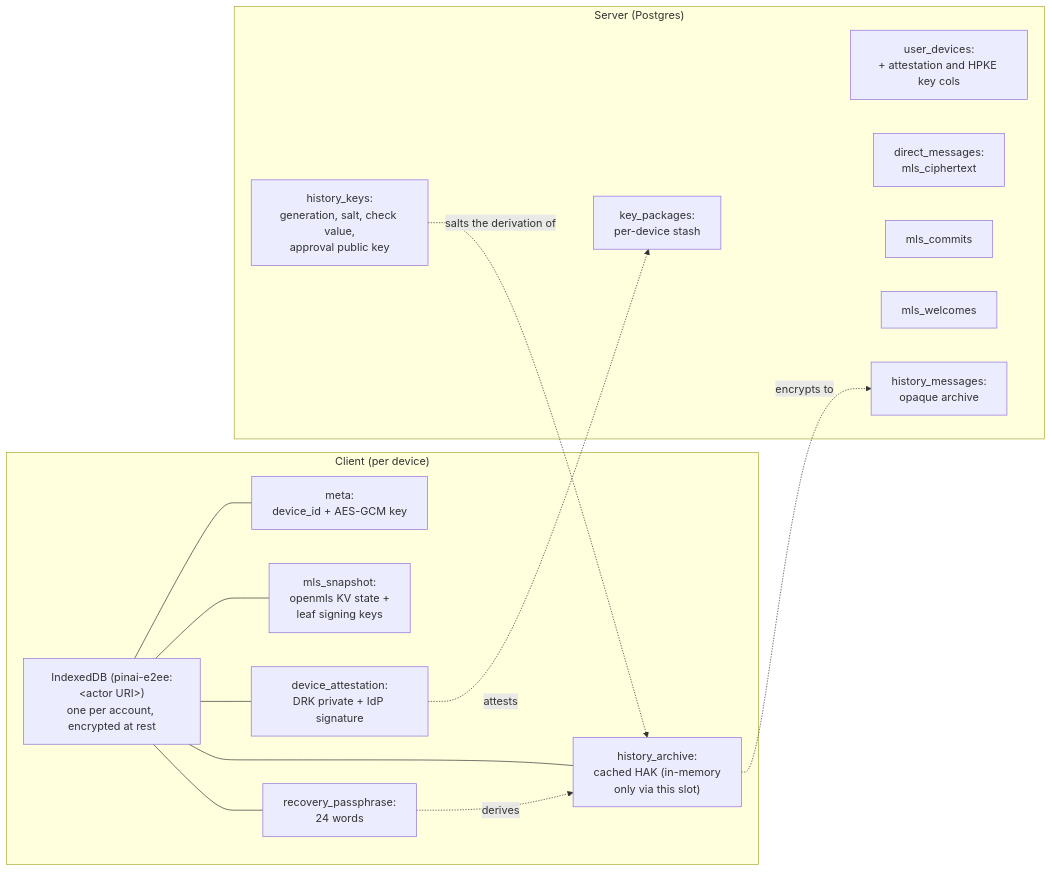
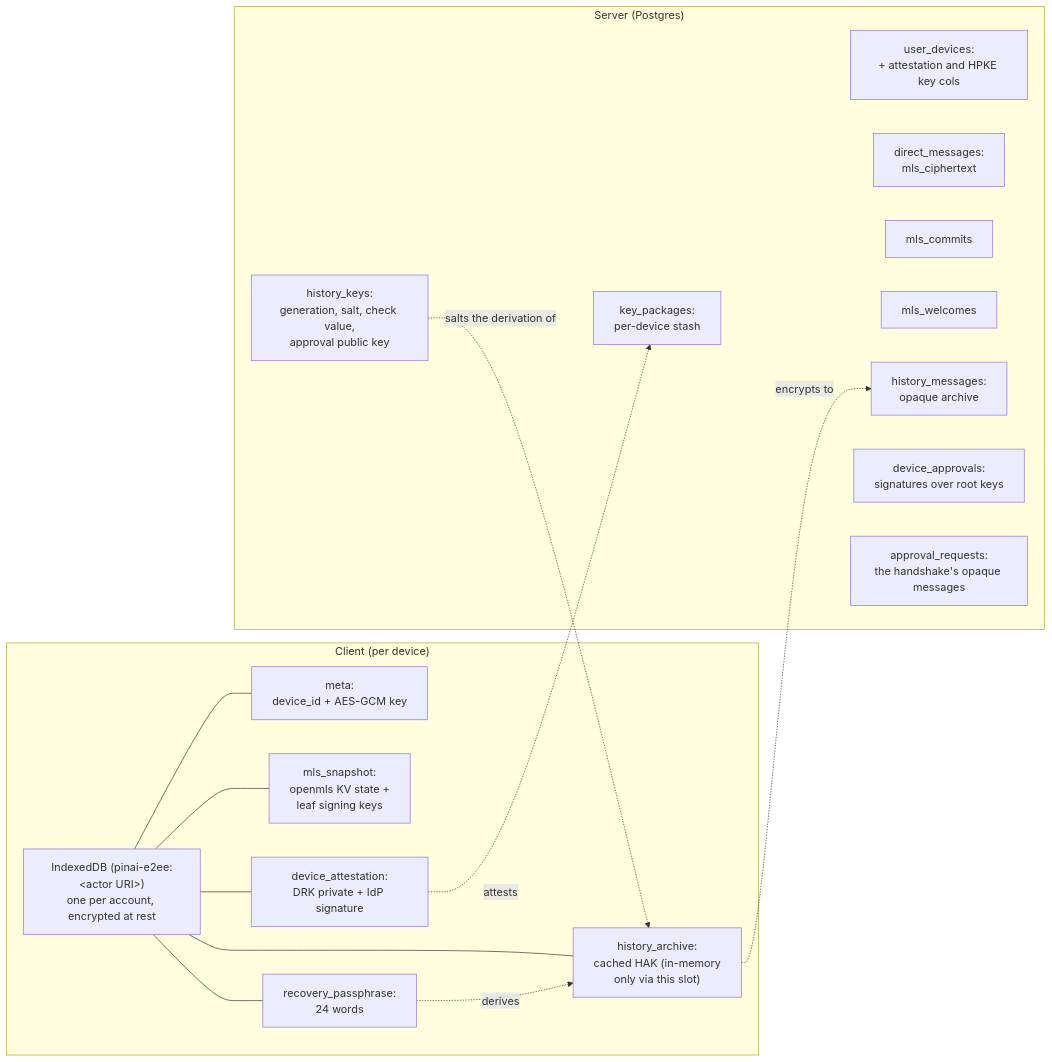
One commit to Pina-i/pinai changed diagram 17 of 17 in identity-provider/specs/e2ee.md. Above: the diagram before and after it, drawn with Mermaid. The commit also changed other lines of this file and 52 other files, not shown here.

First line of the commit message:
feat(idp): store device approvals and relay the approval handshake

````diff
--- a/identity-provider/specs/e2ee.md
+++ b/identity-provider/specs/e2ee.md
@@ -986,24 +1236,26 @@
 ```mermaid
 flowchart LR
     subgraph client ["Client (per device)"]
         IDB["IndexedDB (pinai-e2ee:#lt;actor URI#gt;)<br/>one per account, encrypted at rest"]
         IDB --- meta["meta:<br/>device_id + AES-GCM key"]
         IDB --- ident["mls_snapshot:<br/>openmls KV state +<br/>leaf signing keys"]
         IDB --- att["device_attestation:<br/>DRK private + IdP signature"]
         IDB --- pass["recovery_passphrase:<br/>24 words"]
         IDB --- hist["history_archive:<br/>cached HAK (in-memory<br/>only via this slot)"]
     end
     subgraph server ["Server (Postgres)"]
         UD["user_devices:<br/>+ attestation and HPKE key cols"]
         KP["key_packages:<br/>per-device stash"]
         DM["direct_messages:<br/>mls_ciphertext"]
         MC["mls_commits"]
         MW["mls_welcomes"]
         HM["history_messages:<br/>opaque archive"]
         HK["history_keys:<br/>generation, salt, check value,<br/>approval public key"]
+        DA["device_approvals:<br/>signatures over root keys"]
+        AR["approval_requests:<br/>the handshake's opaque messages"]
     end
     att -.->|attests| KP
     pass -.->|derives| hist
     hist -.->|encrypts to| HM
     HK -.->|salts the derivation of| hist
 ```
````
